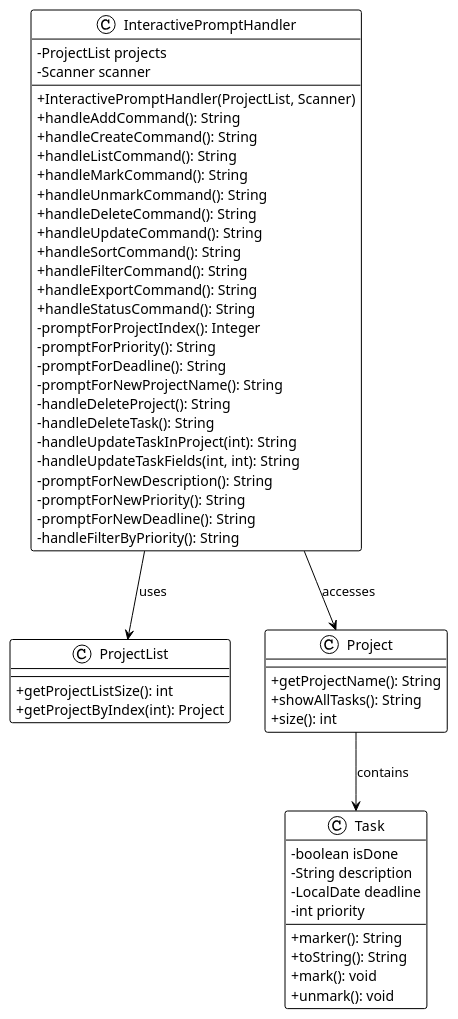
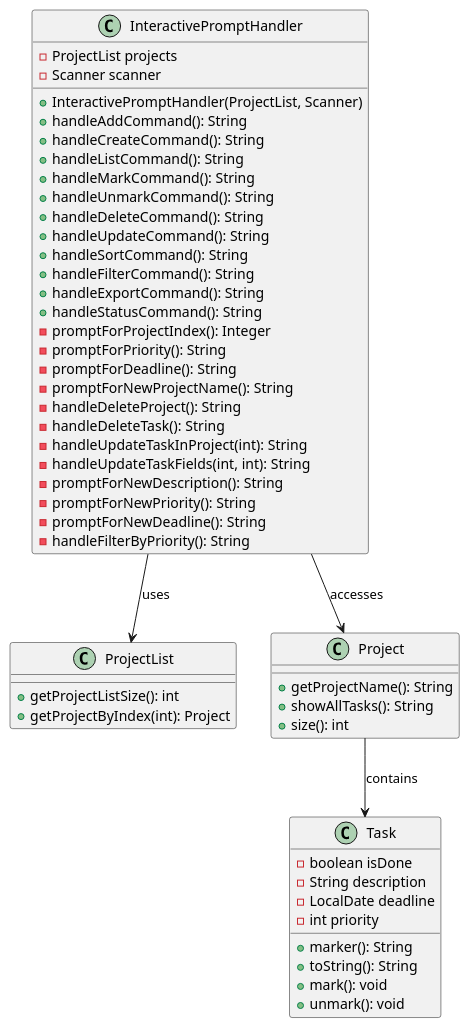
The diagram in docs/plantUML/interactive-prompt-handler/interactiveprompthandler-class-diagram.puml (sean6369/tp), drawn with PlantUML before and after one commit. The commit also changed 40 other files, not shown here.

First line of the commit message:
docs: Update UML diagrams and add project portfolio page

```diff
--- a/docs/plantUML/interactive-prompt-handler/interactiveprompthandler-class-diagram.puml
+++ b/docs/plantUML/interactive-prompt-handler/interactiveprompthandler-class-diagram.puml
@@ -1,60 +1,57 @@
 @startuml InteractivePromptHandler Class Diagram
-!theme plain
-skinparam classAttributeIconSize 0
-hide stereotype
 
 class InteractivePromptHandler {
     -ProjectList projects
     -Scanner scanner
     +InteractivePromptHandler(ProjectList, Scanner)
     +handleAddCommand(): String
     +handleCreateCommand(): String
     +handleListCommand(): String
     +handleMarkCommand(): String
     +handleUnmarkCommand(): String
     +handleDeleteCommand(): String
     +handleUpdateCommand(): String
     +handleSortCommand(): String
     +handleFilterCommand(): String
     +handleExportCommand(): String
     +handleStatusCommand(): String
     -promptForProjectIndex(): Integer
     -promptForPriority(): String
     -promptForDeadline(): String
     -promptForNewProjectName(): String
     -handleDeleteProject(): String
     -handleDeleteTask(): String
     -handleUpdateTaskInProject(int): String
     -handleUpdateTaskFields(int, int): String
     -promptForNewDescription(): String
     -promptForNewPriority(): String
     -promptForNewDeadline(): String
     -handleFilterByPriority(): String
 }
 
 class ProjectList {
     +getProjectListSize(): int
     +getProjectByIndex(int): Project
 }
 
 class Project {
     +getProjectName(): String
     +showAllTasks(): String
     +size(): int
 }
 
 class Task {
     -boolean isDone
     -String description
     -LocalDate deadline
     -int priority
     +marker(): String
     +toString(): String
     +mark(): void
     +unmark(): void
 }
 
 InteractivePromptHandler --> ProjectList : uses
 InteractivePromptHandler --> Project : accesses
 Project --> Task : contains
 @enduml
```
